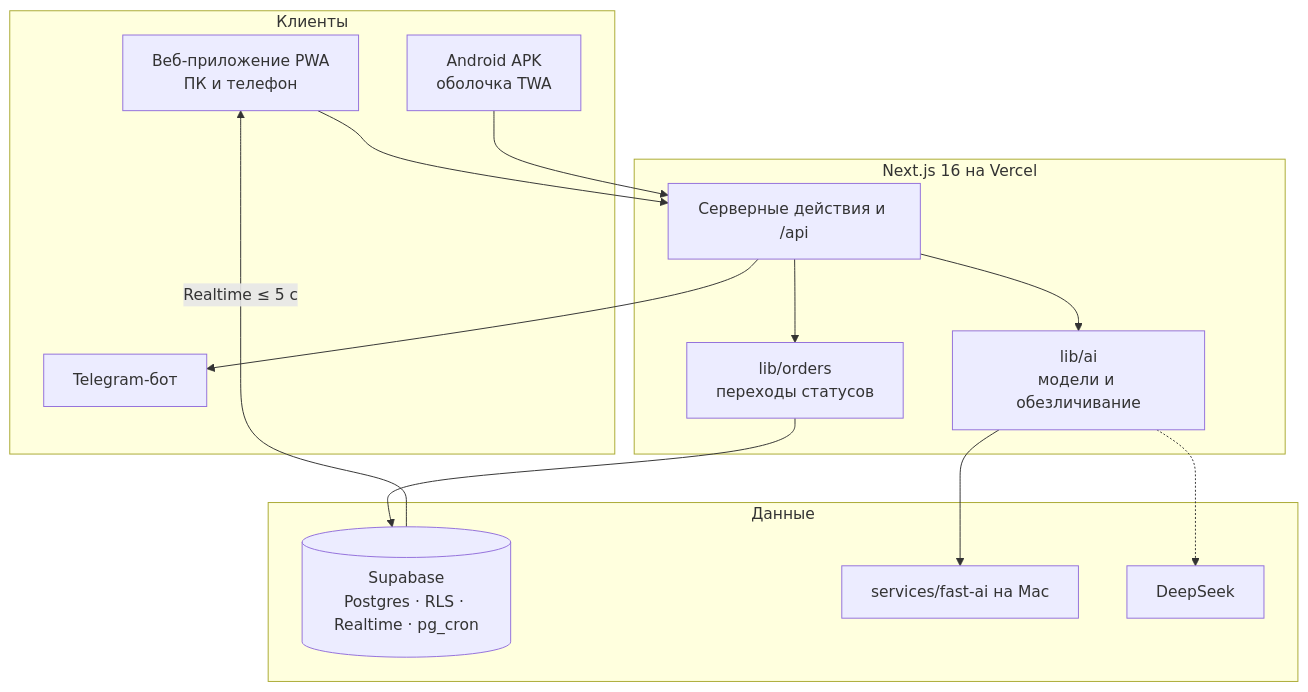
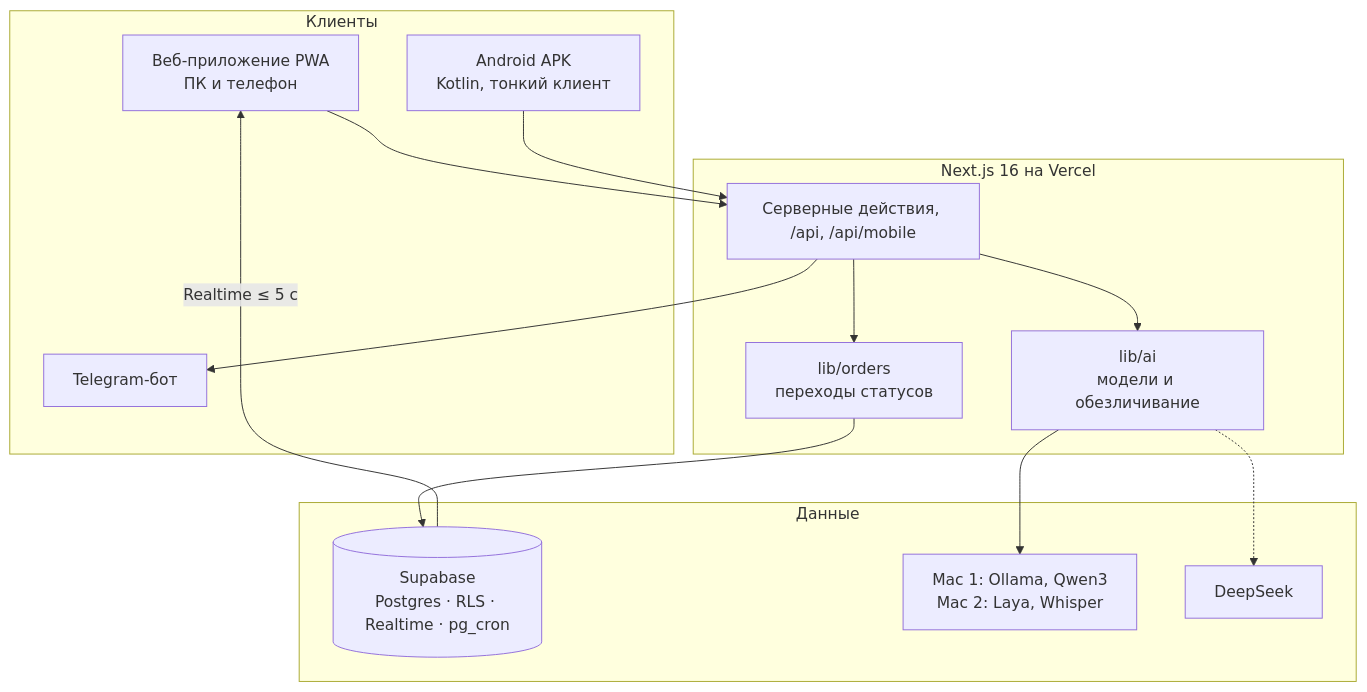
The fifth of 5 diagrams in README.md (Krazher220-Ceo/naryad-ai), drawn with Mermaid before and after one commit. The commit also changed other lines of this file and 3 other files, not shown here.

````diff
--- a/README.md
+++ b/README.md
@@ -232,24 +263,24 @@
 ```mermaid
 flowchart TB
     subgraph CL["Клиенты"]
         PWA["Веб-приложение PWA<br/>ПК и телефон"]
-        APK["Android APK<br/>оболочка TWA"]
+        APK["Android APK<br/>Kotlin, тонкий клиент"]
         TG["Telegram-бот"]
     end
     subgraph SV["Next.js 16 на Vercel"]
-        ACT["Серверные действия и /api"]
+        ACT["Серверные действия, /api, /api/mobile"]
         ORD["lib/orders<br/>переходы статусов"]
         LAI["lib/ai<br/>модели и обезличивание"]
     end
     subgraph DT["Данные"]
         SB[("Supabase<br/>Postgres · RLS · Realtime · pg_cron")]
-        MAC["services/fast-ai на Mac"]
+        MAC["Mac 1: Ollama, Qwen3<br/>Mac 2: Laya, Whisper"]
         DS["DeepSeek"]
     end
     PWA & APK --> ACT
     ACT --> ORD --> SB
     ACT --> LAI --> MAC
     LAI -.-> DS
     SB -->|Realtime ≤ 5 с| PWA
     ACT --> TG
 ```
````
